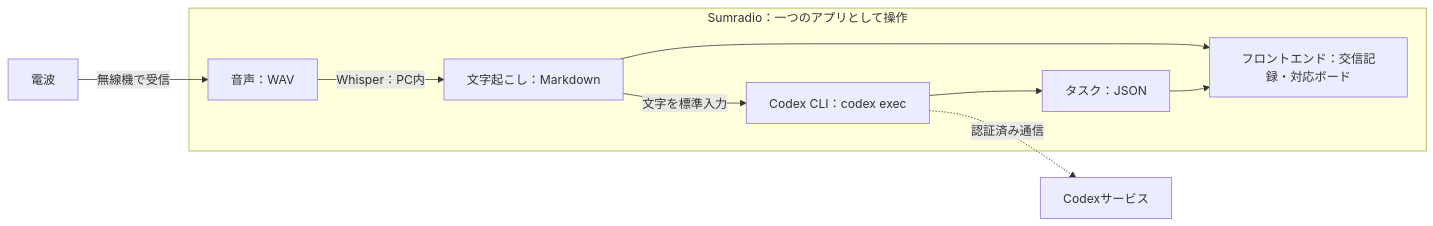
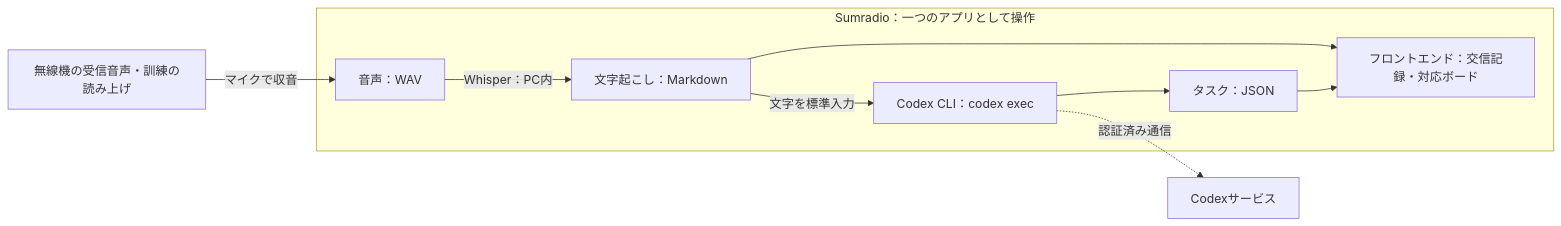
One commit to shuob192/Sumradio changed the diagram in Document/技術仕様.md. Above: the diagram before and after it, drawn with Mermaid. The commit also changed other lines of this file and 5 other files, not shown here.

````diff
--- a/Document/技術仕様.md
+++ b/Document/技術仕様.md
@@ -9,12 +9,12 @@
 ```mermaid
 flowchart LR
-    R[電波] -->|無線機で受信| W
+    R[無線機の受信音声・訓練の読み上げ] -->|マイクで収音| W
     subgraph APP[Sumradio：一つのアプリとして操作]
         W[音声：WAV] -->|Whisper：PC内| M[文字起こし：Markdown]
         M -->|文字を標準入力| C[Codex CLI：codex exec]
         C --> J[タスク：JSON]
         M --> U[フロントエンド：交信記録・対応ボード]
         J --> U
     end
     C -.->|認証済み通信| O[Codexサービス]
 ```
````
